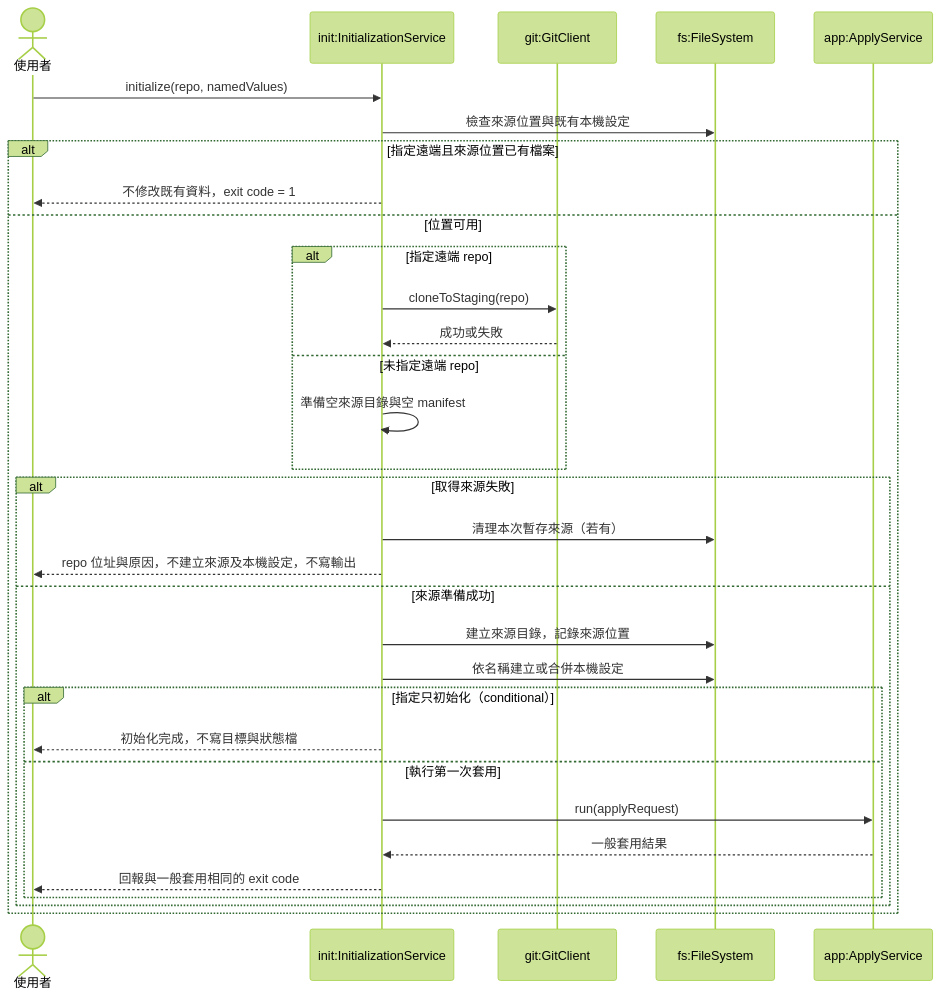
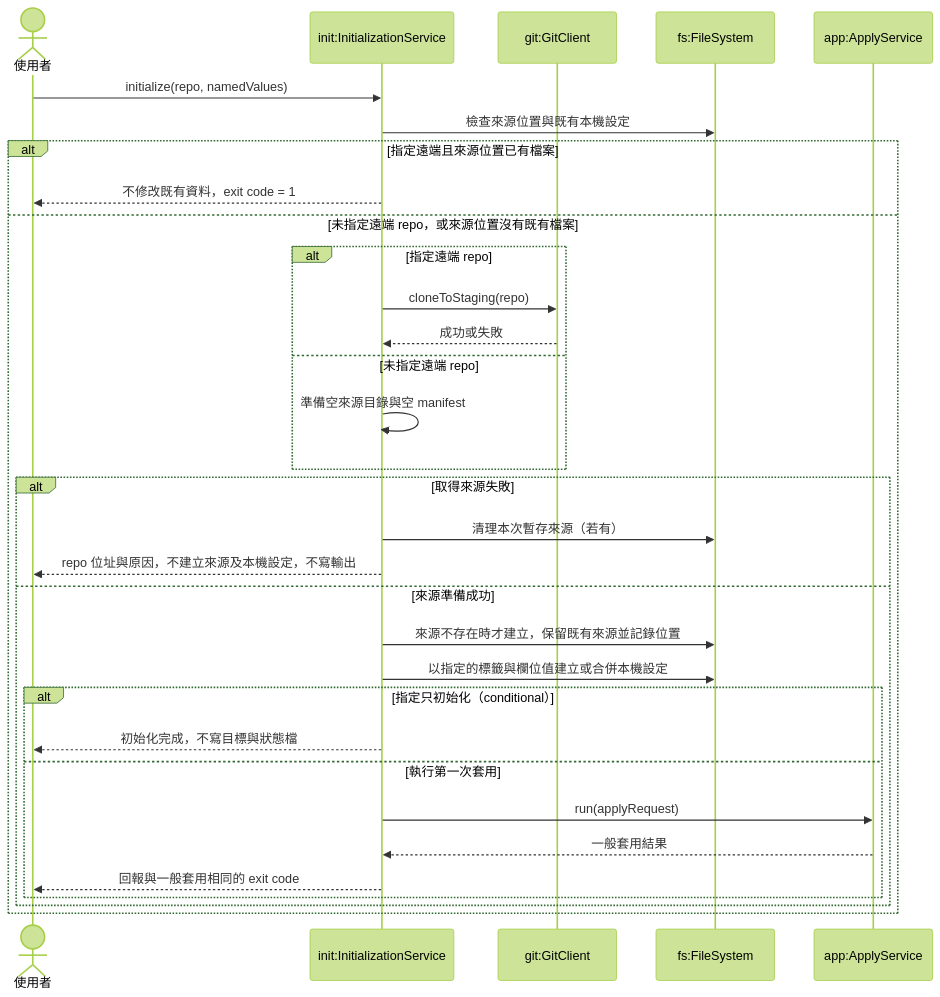
Before and after one commit to accidental-two-timer-sam-woof/rosamta-waterfall: the tenth of 10 diagrams in docs/03-preliminary-design/uml.md, drawn with Mermaid (forest theme).

Commit message:
docs: clarify S6 initialization conditions and local settings

````diff
--- a/docs/03-preliminary-design/uml.md
+++ b/docs/03-preliminary-design/uml.md
@@ -600,34 +600,34 @@
 ```mermaid
 sequenceDiagram
     actor U as 使用者
     participant I as init:InitializationService
     participant G as git:GitClient
     participant F as fs:FileSystem
     participant A as app:ApplyService
     U->>I: initialize(repo, namedValues)
     I->>F: 檢查來源位置與既有本機設定
     alt 指定遠端且來源位置已有檔案
         I-->>U: 不修改既有資料，exit code = 1
-    else 位置可用
+    else 未指定遠端 repo，或來源位置沒有既有檔案
         alt 指定遠端 repo
             I->>G: cloneToStaging(repo)
             G-->>I: 成功或失敗
         else 未指定遠端 repo
             I->>I: 準備空來源目錄與空 manifest
         end
         alt 取得來源失敗
             I->>F: 清理本次暫存來源（若有）
             I-->>U: repo 位址與原因，不建立來源及本機設定，不寫輸出
         else 來源準備成功
-            I->>F: 建立來源目錄，記錄來源位置
-            I->>F: 依名稱建立或合併本機設定
+            I->>F: 來源不存在時才建立，保留既有來源並記錄位置
+            I->>F: 以指定的標籤與欄位值建立或合併本機設定
             alt 指定只初始化（conditional）
                 I-->>U: 初始化完成，不寫目標與狀態檔
             else 執行第一次套用
                 I->>A: run(applyRequest)
                 A-->>I: 一般套用結果
                 I-->>U: 回報與一般套用相同的 exit code
             end
         end
     end
 ```
````
